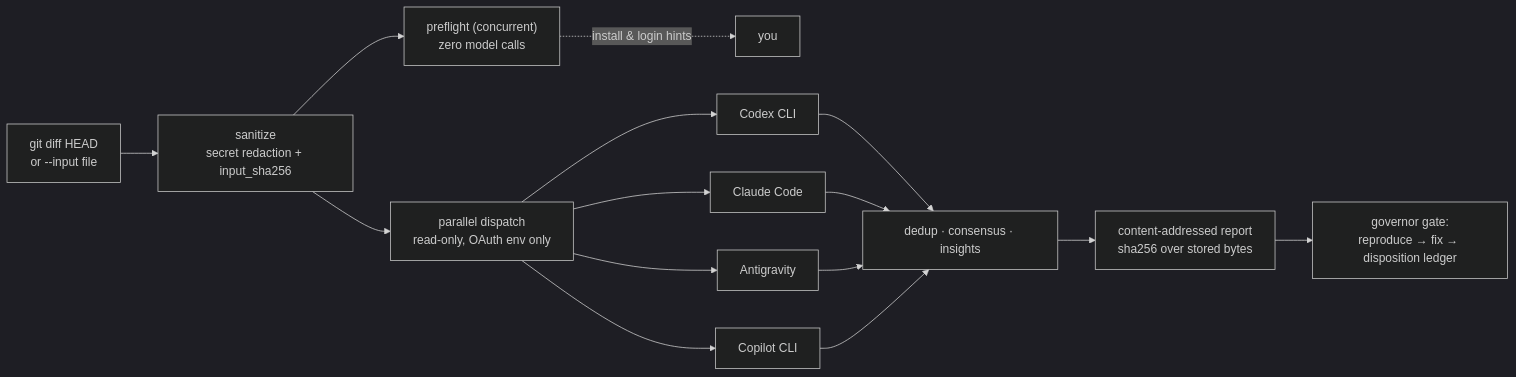
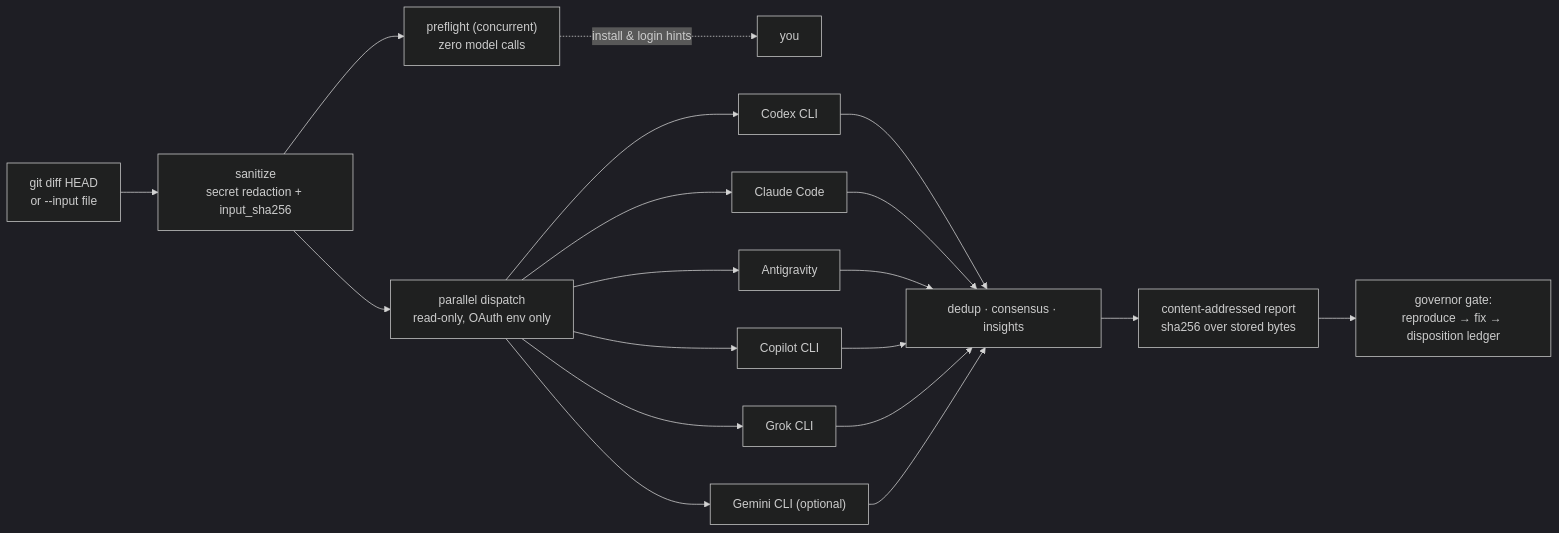
The first of 2 diagrams in README.md (marroccofella/skills), drawn with Mermaid (dark theme) before and after one commit. The commit also changed other lines of this file and 22 other files, not shown here.

````diff
--- a/README.md
+++ b/README.md
@@ -51,17 +53,21 @@
 ```mermaid
 flowchart LR
     A["git diff HEAD<br/>or --input file"] --> B["sanitize<br/>secret redaction + input_sha256"]
     B --> P["preflight (concurrent)<br/>zero model calls"]
     B --> D["parallel dispatch<br/>read-only, OAuth env only"]
     P -."install & login hints".-> U["you"]
     D --> E["Codex CLI"]
     D --> F["Claude Code"]
     D --> G["Antigravity"]
     D --> H["Copilot CLI"]
+    D --> X["Grok CLI"]
+    D --> Y["Gemini CLI (optional)"]
     E --> I["dedup · consensus · insights"]
     F --> I
     G --> I
     H --> I
+    X --> I
+    Y --> I
     I --> J["content-addressed report<br/>sha256 over stored bytes"]
     J --> K["governor gate:<br/>reproduce → fix → disposition ledger"]
 ```
````
